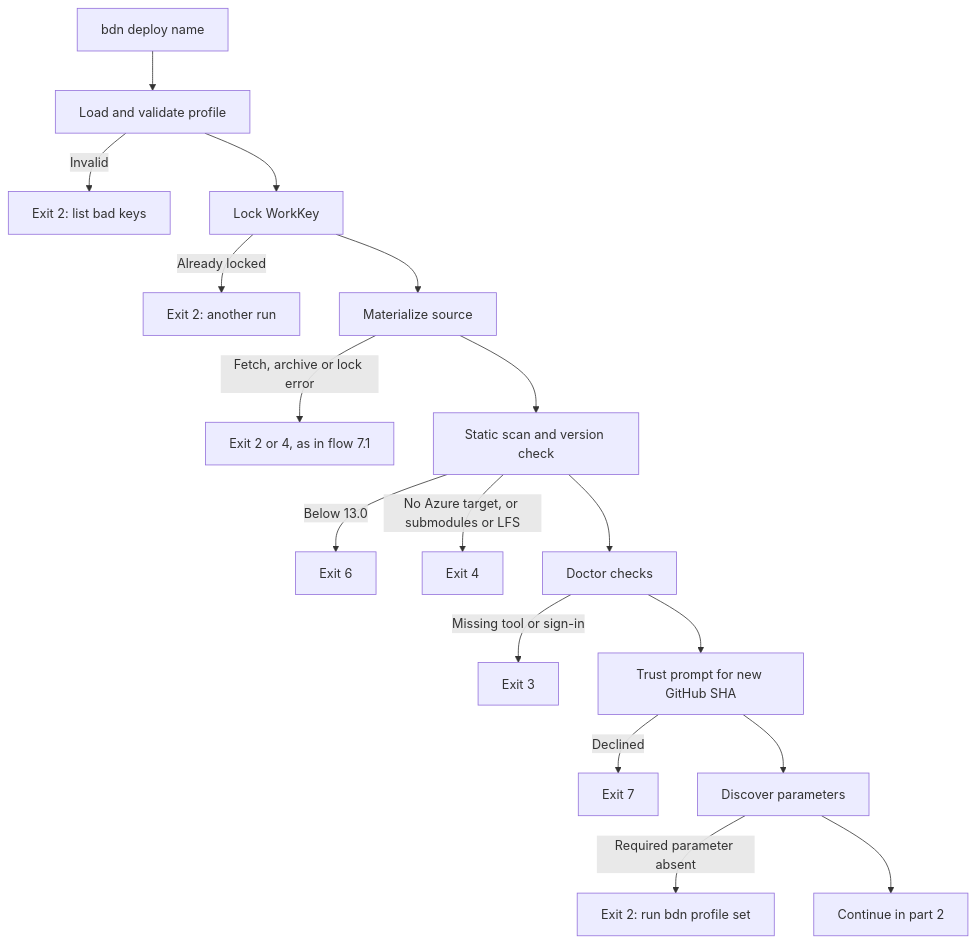
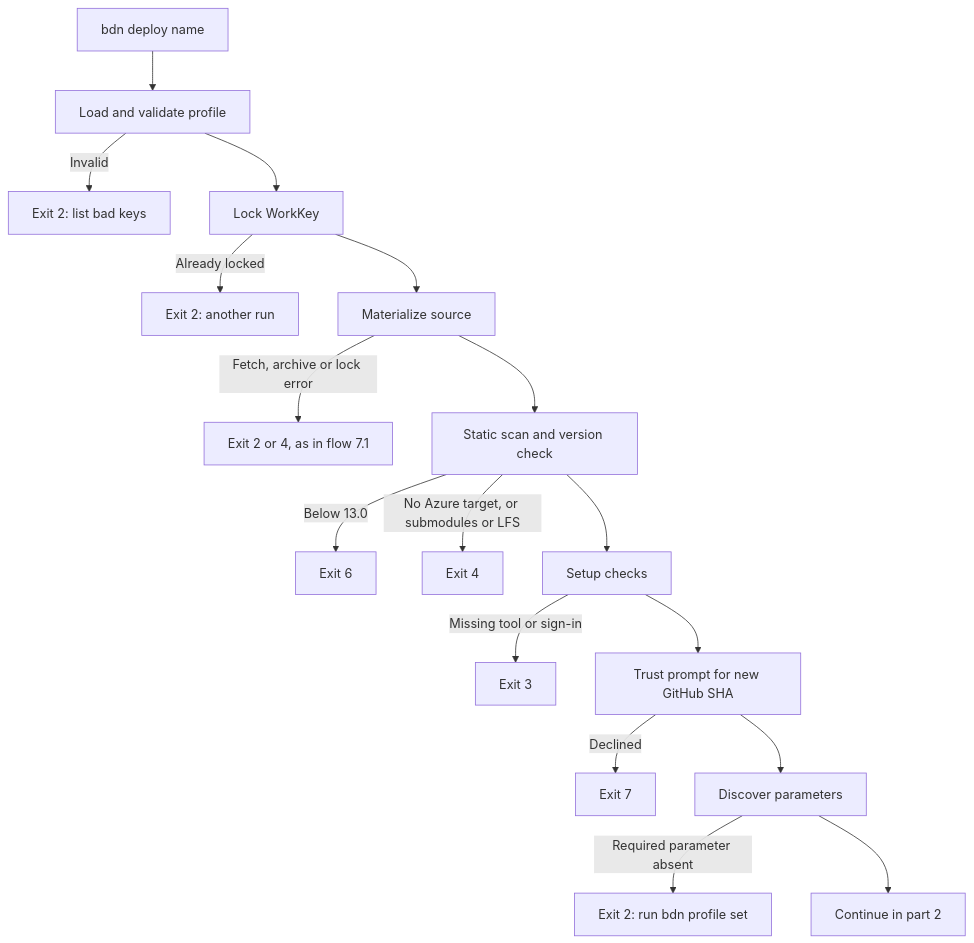
The fourth of 6 diagrams in docs/Aspire-Project-Deployer-Plan.md (ADefWebserver/AspireDeployService), drawn with Mermaid before and after one commit. The commit also changed other lines of this file and 83 other files, not shown here.

First line of the commit message:
Rename Doctor to Setup and add AI settings and AI Help

````diff
--- a/docs/Aspire-Project-Deployer-Plan.md
+++ b/docs/Aspire-Project-Deployer-Plan.md
@@ -485,19 +485,19 @@
 ```mermaid
 flowchart TD
     A["bdn deploy name"] --> B["Load and validate profile"]
     B -- "Invalid" --> X1["Exit 2: list bad keys"]
     B --> L1["Lock WorkKey"]
     L1 -- "Already locked" --> X2["Exit 2: another run"]
     L1 --> C["Materialize source"]
     C -- "Fetch, archive or lock error" --> X3["Exit 2 or 4, as in flow 7.1"]
     C --> D["Static scan and version check"]
     D -- "Below 13.0" --> X4["Exit 6"]
     D -- "No Azure target, or submodules or LFS" --> X5["Exit 4"]
-    D --> E["Doctor checks"]
+    D --> E["Setup checks"]
     E -- "Missing tool or sign-in" --> X6["Exit 3"]
     E --> F["Trust prompt for new GitHub SHA"]
     F -- "Declined" --> X7["Exit 7"]
     F --> G["Discover parameters"]
     G -- "Required parameter absent" --> X8["Exit 2: run bdn profile set"]
     G --> P["Continue in part 2"]
 ```
````
